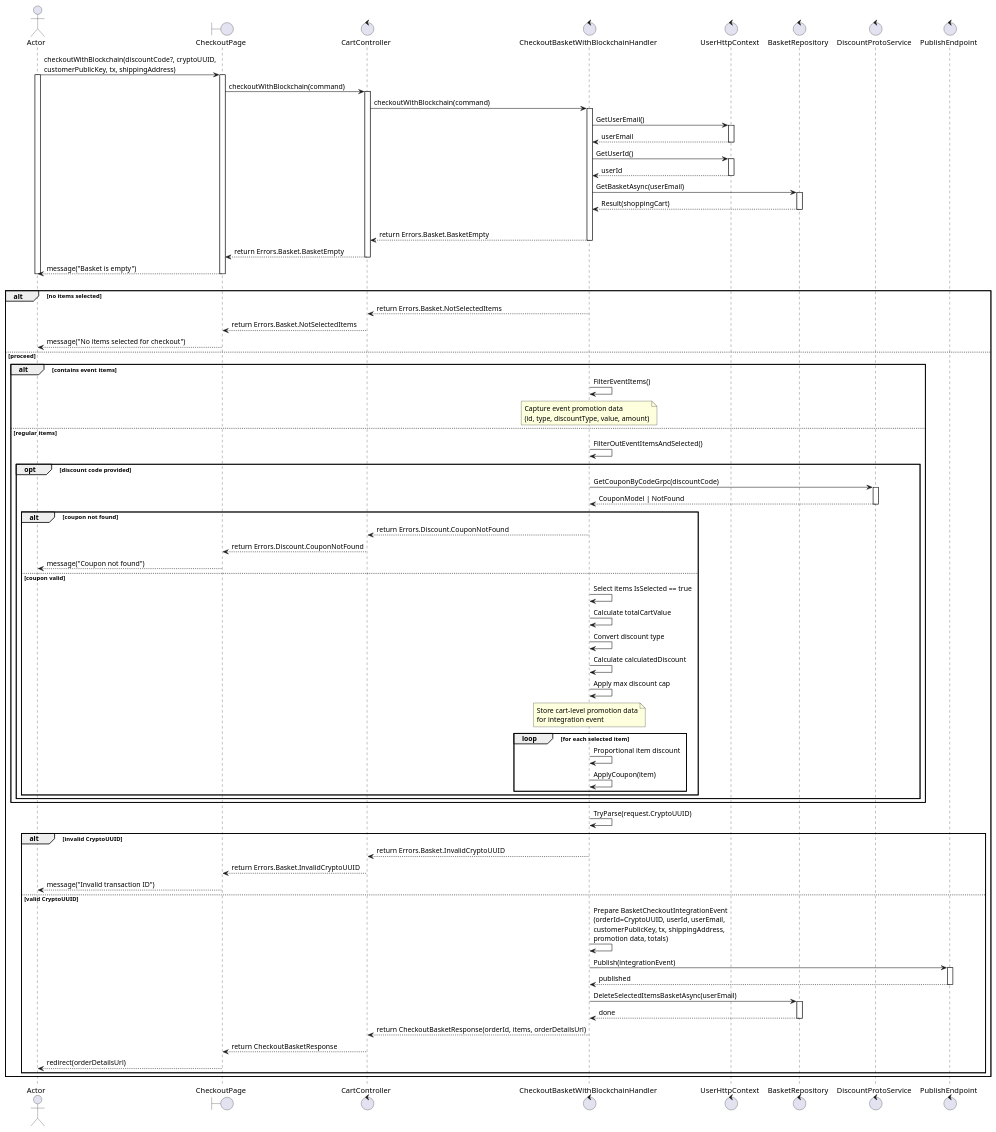
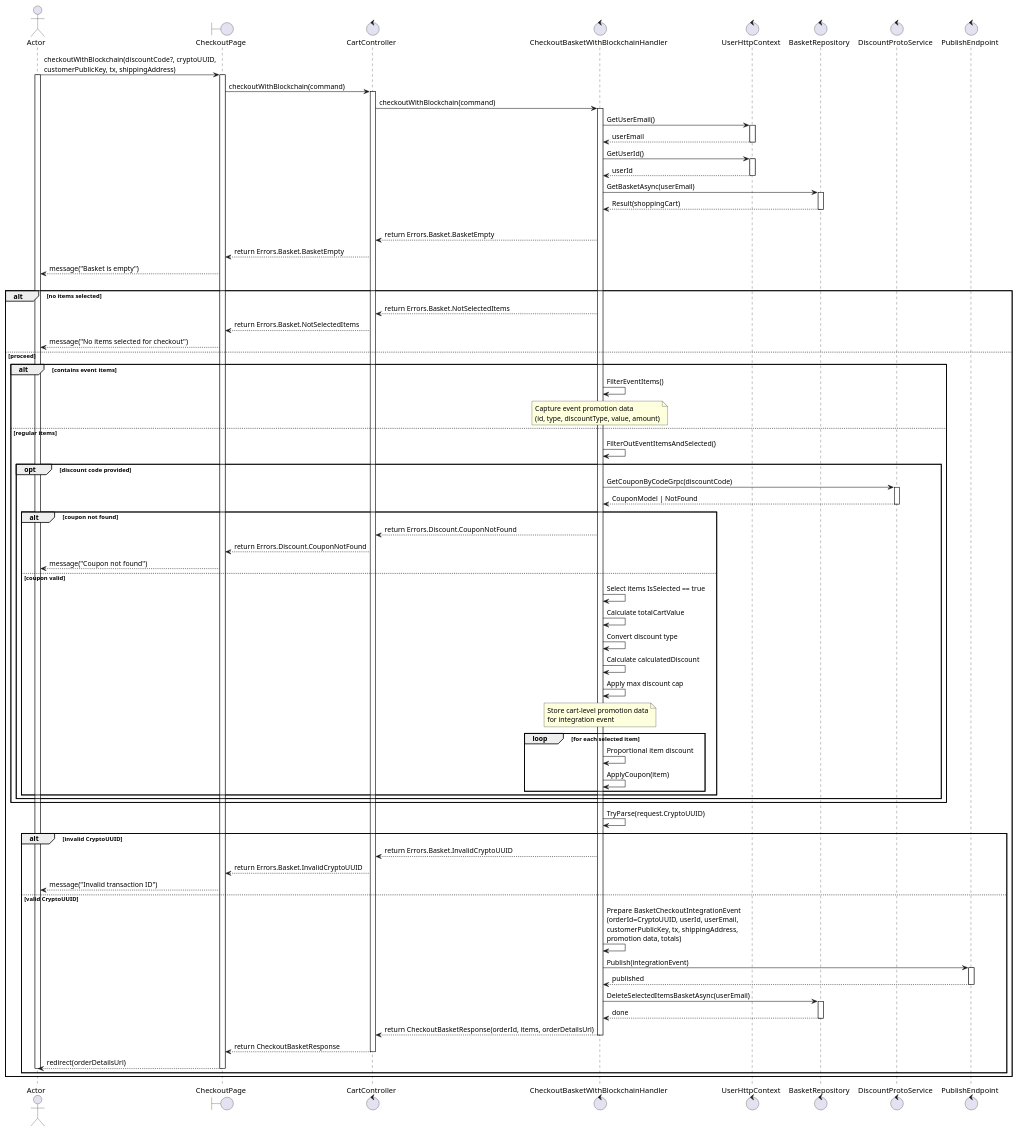
The diagram in docs/usecases/UC19_payment-with-Blockchain.plantuml (Young-Z-Generation-YZG/your-comfort-my-apple), drawn with PlantUML before and after one commit. The commit also changed 1 other file, not shown here.

```diff
--- a/docs/usecases/UC19_payment-with-Blockchain.plantuml
+++ b/docs/usecases/UC19_payment-with-Blockchain.plantuml
@@ -1,120 +1,104 @@
 @startuml UC19_payment_with_blockchain
 actor Actor
 boundary CheckoutPage
 control CartController
 control CheckoutBasketWithBlockchainHandler
 control UserHttpContext
 control BasketRepository
 control DiscountProtoService
 control PublishEndpoint
 
 Actor -> CheckoutPage: checkoutWithBlockchain(discountCode?, cryptoUUID,\ncustomerPublicKey, tx, shippingAddress)
 activate Actor
 activate CheckoutPage
 
 CheckoutPage -> CartController: checkoutWithBlockchain(command)
 activate CartController
 
 CartController -> CheckoutBasketWithBlockchainHandler: checkoutWithBlockchain(command)
 activate CheckoutBasketWithBlockchainHandler
 
 CheckoutBasketWithBlockchainHandler -> UserHttpContext: GetUserEmail()
 activate UserHttpContext
 UserHttpContext --> CheckoutBasketWithBlockchainHandler: userEmail
 deactivate UserHttpContext
 
 CheckoutBasketWithBlockchainHandler -> UserHttpContext: GetUserId()
 activate UserHttpContext
 UserHttpContext --> CheckoutBasketWithBlockchainHandler: userId
 deactivate UserHttpContext
 
 CheckoutBasketWithBlockchainHandler -> BasketRepository: GetBasketAsync(userEmail)
 activate BasketRepository
 BasketRepository --> CheckoutBasketWithBlockchainHandler: Result(shoppingCart)
 deactivate BasketRepository
 
 alt basket empty or no items
     CheckoutBasketWithBlockchainHandler --> CartController: return Errors.Basket.BasketEmpty
-    deactivate CheckoutBasketWithBlockchainHandler
     CartController --> CheckoutPage: return Errors.Basket.BasketEmpty
-    deactivate CartController
     CheckoutPage --> Actor: message("Basket is empty")
-    deactivate CheckoutPage
-    deactivate Actor
 else has items
     alt no items selected
         CheckoutBasketWithBlockchainHandler --> CartController: return Errors.Basket.NotSelectedItems
-        deactivate CheckoutBasketWithBlockchainHandler
         CartController --> CheckoutPage: return Errors.Basket.NotSelectedItems
-        deactivate CartController
         CheckoutPage --> Actor: message("No items selected for checkout")
-        deactivate CheckoutPage
-        deactivate Actor
     else proceed
         alt contains event items
             CheckoutBasketWithBlockchainHandler -> CheckoutBasketWithBlockchainHandler: FilterEventItems()
             note over CheckoutBasketWithBlockchainHandler: Capture event promotion data\n(id, type, discountType, value, amount)
         else regular items
             CheckoutBasketWithBlockchainHandler -> CheckoutBasketWithBlockchainHandler: FilterOutEventItemsAndSelected()
 
             opt discount code provided
                 CheckoutBasketWithBlockchainHandler -> DiscountProtoService: GetCouponByCodeGrpc(discountCode)
                 activate DiscountProtoService
                 DiscountProtoService --> CheckoutBasketWithBlockchainHandler: CouponModel | NotFound
                 deactivate DiscountProtoService
 
                 alt coupon not found
                     CheckoutBasketWithBlockchainHandler --> CartController: return Errors.Discount.CouponNotFound
-                    deactivate CheckoutBasketWithBlockchainHandler
                     CartController --> CheckoutPage: return Errors.Discount.CouponNotFound
-                    deactivate CartController
                     CheckoutPage --> Actor: message("Coupon not found")
-                    deactivate CheckoutPage
-                    deactivate Actor
                 else coupon valid
                     CheckoutBasketWithBlockchainHandler -> CheckoutBasketWithBlockchainHandler: Select items IsSelected == true
                     CheckoutBasketWithBlockchainHandler -> CheckoutBasketWithBlockchainHandler: Calculate totalCartValue
                     CheckoutBasketWithBlockchainHandler -> CheckoutBasketWithBlockchainHandler: Convert discount type
                     CheckoutBasketWithBlockchainHandler -> CheckoutBasketWithBlockchainHandler: Calculate calculatedDiscount
                     CheckoutBasketWithBlockchainHandler -> CheckoutBasketWithBlockchainHandler: Apply max discount cap
                     note over CheckoutBasketWithBlockchainHandler: Store cart-level promotion data\nfor integration event
                     loop for each selected item
                         CheckoutBasketWithBlockchainHandler -> CheckoutBasketWithBlockchainHandler: Proportional item discount
                         CheckoutBasketWithBlockchainHandler -> CheckoutBasketWithBlockchainHandler: ApplyCoupon(item)
                     end
                 end
             end
         end
 
         CheckoutBasketWithBlockchainHandler -> CheckoutBasketWithBlockchainHandler: TryParse(request.CryptoUUID)
         alt invalid CryptoUUID
             CheckoutBasketWithBlockchainHandler --> CartController: return Errors.Basket.InvalidCryptoUUID
-            deactivate CheckoutBasketWithBlockchainHandler
             CartController --> CheckoutPage: return Errors.Basket.InvalidCryptoUUID
-            deactivate CartController
             CheckoutPage --> Actor: message("Invalid transaction ID")
-            deactivate CheckoutPage
-            deactivate Actor
         else valid CryptoUUID
             CheckoutBasketWithBlockchainHandler -> CheckoutBasketWithBlockchainHandler: Prepare BasketCheckoutIntegrationEvent\n(orderId=CryptoUUID, userId, userEmail,\ncustomerPublicKey, tx, shippingAddress,\npromotion data, totals)
             CheckoutBasketWithBlockchainHandler -> PublishEndpoint: Publish(integrationEvent)
             activate PublishEndpoint
             PublishEndpoint --> CheckoutBasketWithBlockchainHandler: published
             deactivate PublishEndpoint
 
             CheckoutBasketWithBlockchainHandler -> BasketRepository: DeleteSelectedItemsBasketAsync(userEmail)
             activate BasketRepository
             BasketRepository --> CheckoutBasketWithBlockchainHandler: done
             deactivate BasketRepository
 
             CheckoutBasketWithBlockchainHandler --> CartController: return CheckoutBasketResponse(orderId, items, orderDetailsUrl)
             deactivate CheckoutBasketWithBlockchainHandler
             CartController --> CheckoutPage: return CheckoutBasketResponse
             deactivate CartController
             CheckoutPage --> Actor: redirect(orderDetailsUrl)
             deactivate CheckoutPage
             deactivate Actor
         end
 end
 
 @enduml
```
